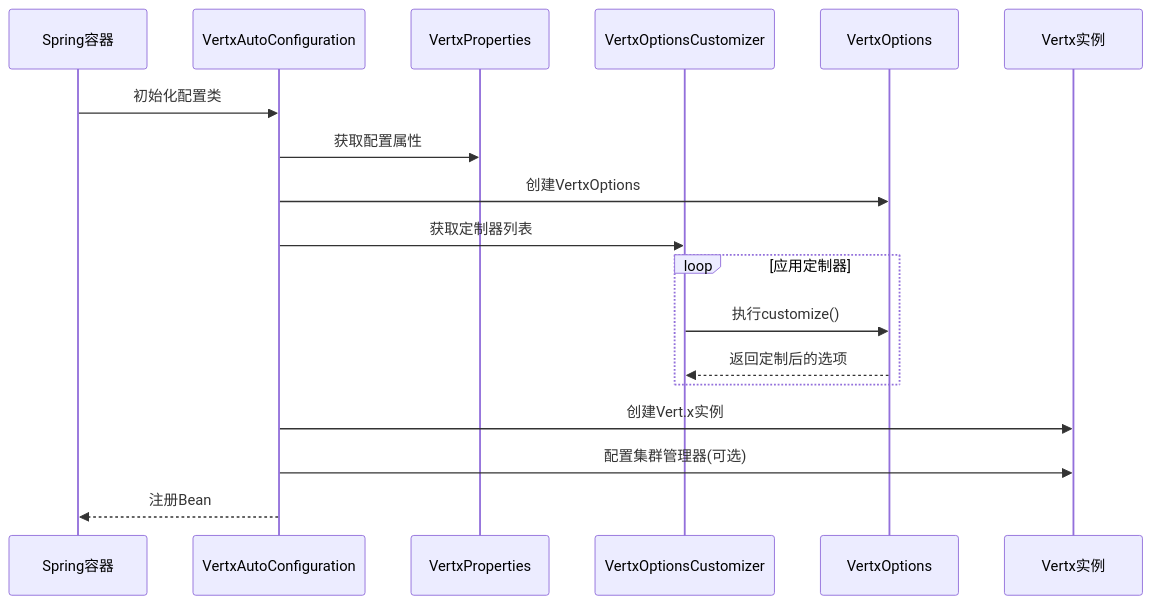
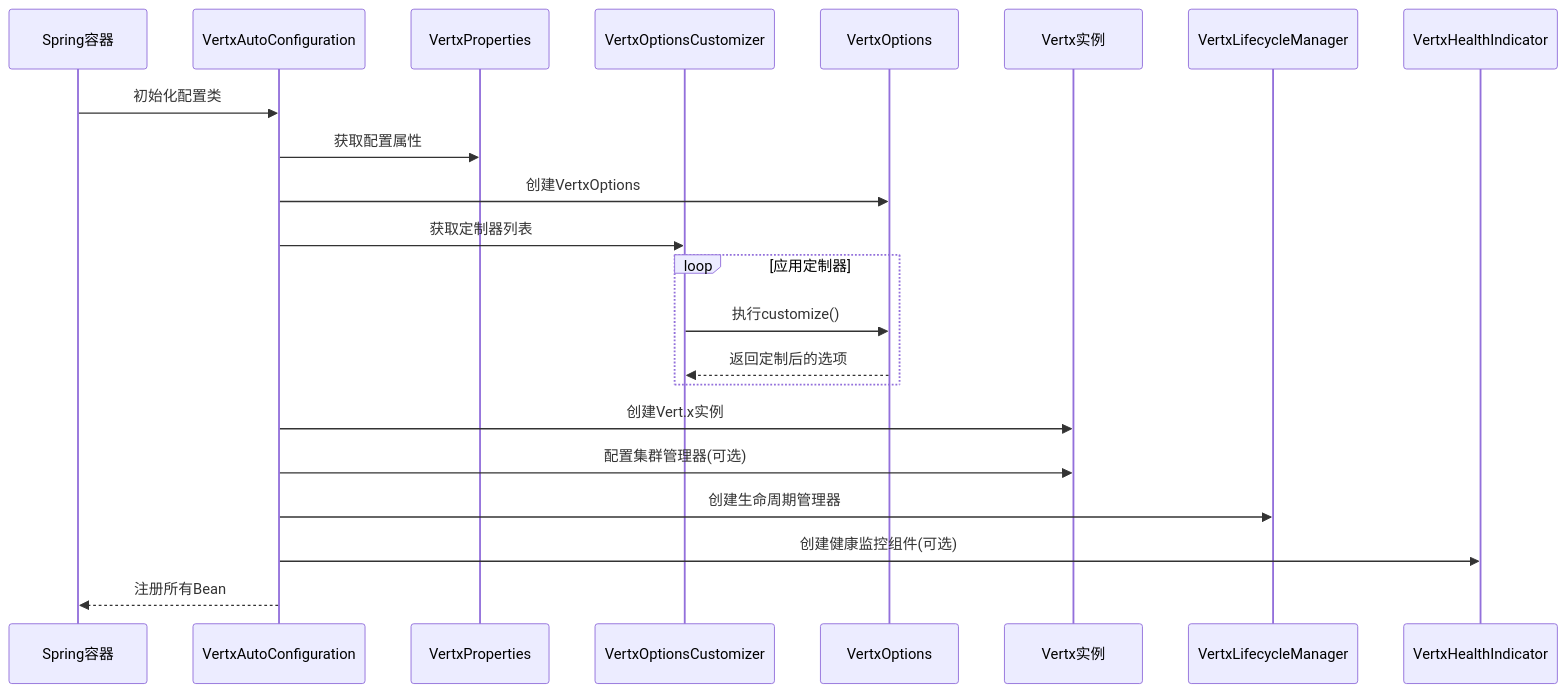
The third of 9 diagrams in .qoder/repowiki/zh/content/核心配置模块/核心配置模块.md (ossworker/vertx-starter), drawn with Mermaid before and after one commit. The commit also changed other lines of this file and 7 other files, not shown here.

````diff
--- a/.qoder/repowiki/zh/content/核心配置模块/核心配置模块.md
+++ b/.qoder/repowiki/zh/content/核心配置模块/核心配置模块.md
@@ -208,20 +264,24 @@
 ```mermaid
 sequenceDiagram
 participant Spring as Spring容器
 participant Config as VertxAutoConfiguration
 participant Props as VertxProperties
 participant Customizers as VertxOptionsCustomizer
 participant Options as VertxOptions
 participant Vertx as Vertx实例
+participant Lifecycle as VertxLifecycleManager
+participant Health as VertxHealthIndicator
 Spring->>Config : 初始化配置类
 Config->>Props : 获取配置属性
 Config->>Options : 创建VertxOptions
 Config->>Customizers : 获取定制器列表
 loop 应用定制器
 Customizers->>Options : 执行customize()
 Options-->>Customizers : 返回定制后的选项
 end
 Config->>Vertx : 创建Vert.x实例
 Config->>Vertx : 配置集群管理器(可选)
-Config-->>Spring : 注册Bean
+Config->>Lifecycle : 创建生命周期管理器
+Config->>Health : 创建健康监控组件(可选)
+Config-->>Spring : 注册所有Bean
 ```
````
